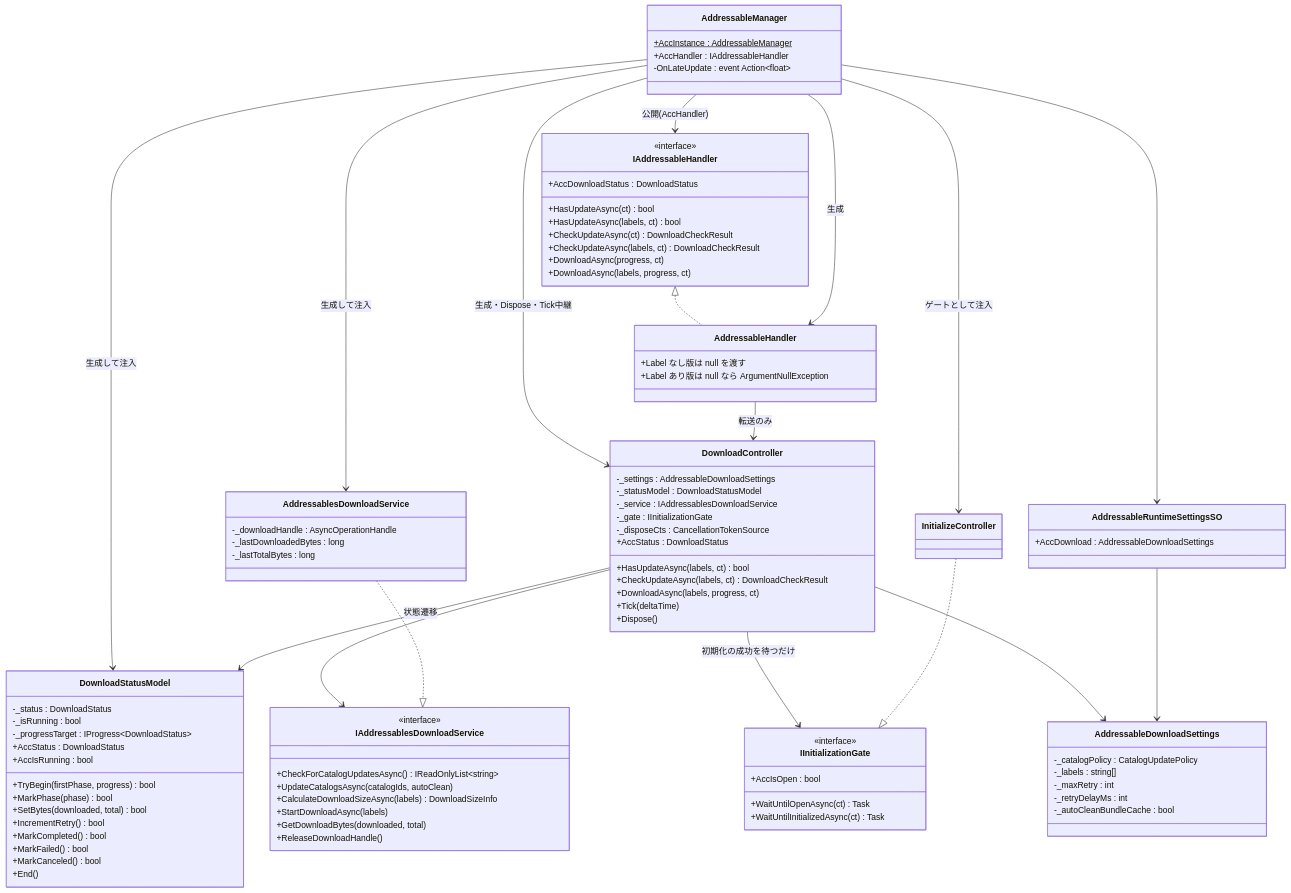
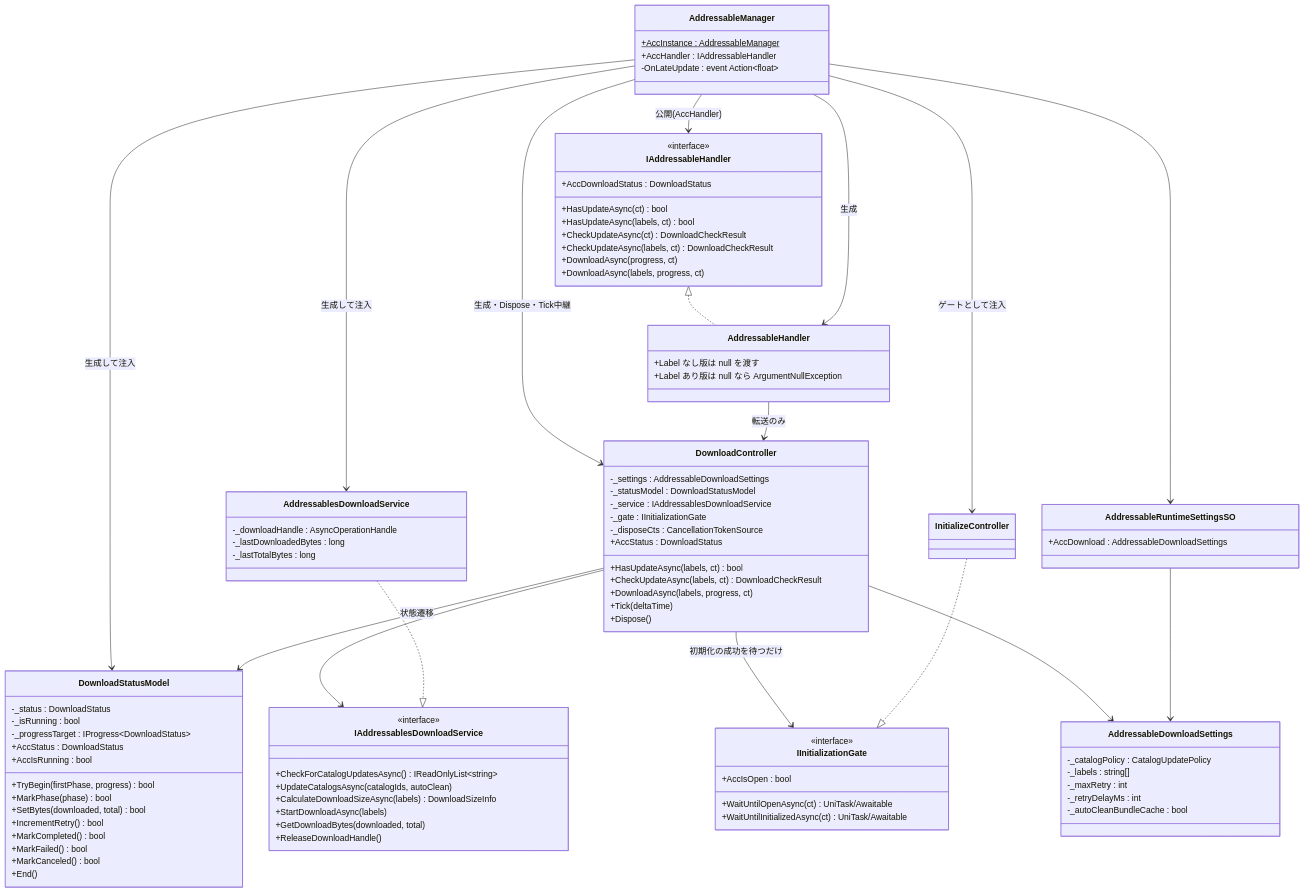
Before and after one commit to MAH-Lib/MAH-AddressableManager: the first of 2 diagrams in src/AddressableManager/Docs/diagrams/download-class.md, drawn with Mermaid. The commit also changed other lines of this file and 13 other files, not shown here.

```diff
--- a/src/AddressableManager/Docs/diagrams/download-class.md
+++ b/src/AddressableManager/Docs/diagrams/download-class.md
@@ -73,8 +73,8 @@
     class IInitializationGate {
         <<interface>>
         +AccIsOpen : bool
-        +WaitUntilOpenAsync(ct) Task
-        +WaitUntilInitializedAsync(ct) Task
+        +WaitUntilOpenAsync(ct) UniTask/Awaitable
+        +WaitUntilInitializedAsync(ct) UniTask/Awaitable
     }
     class InitializeController
     class AddressableDownloadSettings {
```
